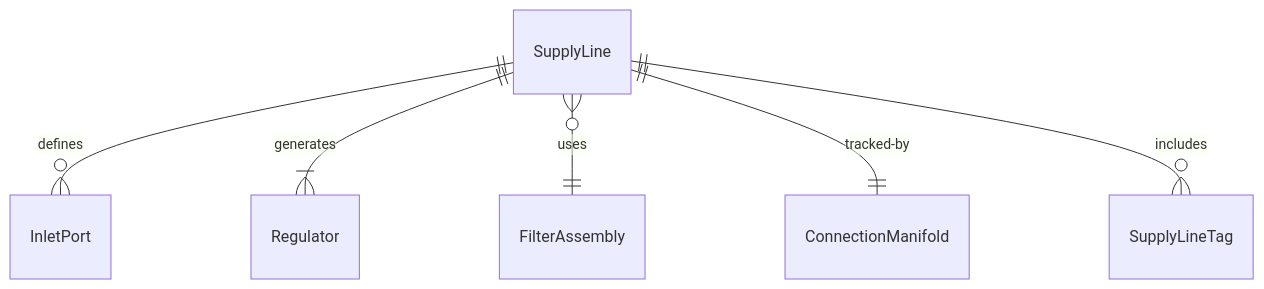
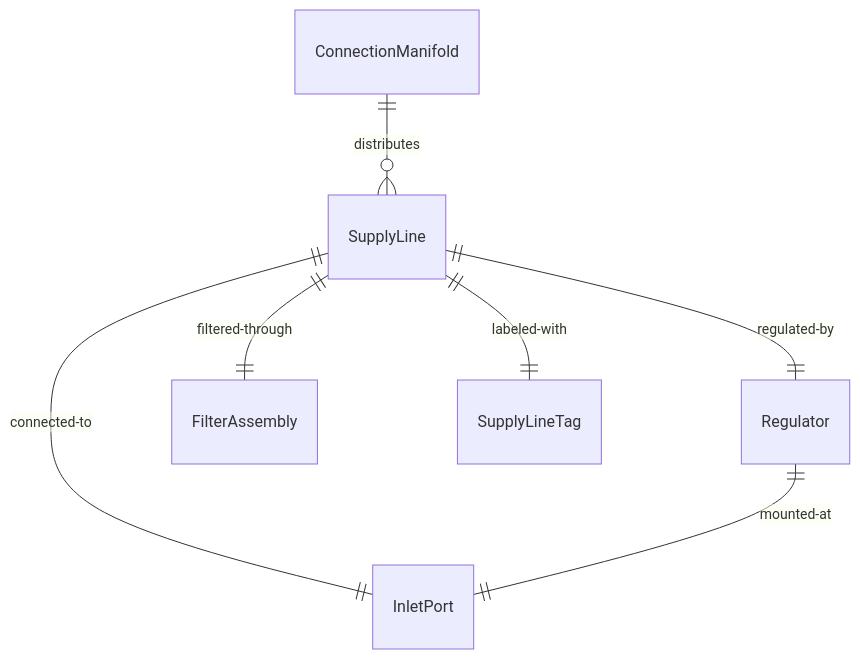
Before and after one commit to dot-org-ai/tasks.org.ai: the first of 4 diagrams in HandlingAndMovingObjects/ConnectComponentsOrSupplyLinesToEquipmentOrTools/ConnectSupplyLinesProductionEquipment.mdx, drawn with Mermaid. The commit also changed other lines of this file and 515 other files, not shown here.

````diff
--- a/HandlingAndMovingObjects/ConnectComponentsOrSupplyLinesToEquipmentOrTools/ConnectSupplyLinesProductionEquipment.mdx
+++ b/HandlingAndMovingObjects/ConnectComponentsOrSupplyLinesToEquipmentOrTools/ConnectSupplyLinesProductionEquipment.mdx
@@ -87,8 +87,9 @@
 ```mermaid
 erDiagram
-    SupplyLine ||--o{ InletPort : "defines"
-    SupplyLine ||--|{ Regulator : "generates"
-    SupplyLine }o--|| FilterAssembly : "uses"
-    SupplyLine ||--|| ConnectionManifold : "tracked-by"
-    SupplyLine ||--o{ SupplyLineTag : "includes"
+    ConnectionManifold ||--o{ SupplyLine : "distributes"
+    SupplyLine ||--|| InletPort : "connected-to"
+    SupplyLine ||--|| Regulator : "regulated-by"
+    SupplyLine ||--|| FilterAssembly : "filtered-through"
+    SupplyLine ||--|| SupplyLineTag : "labeled-with"
+    Regulator ||--|| InletPort : "mounted-at"
 ```
````
